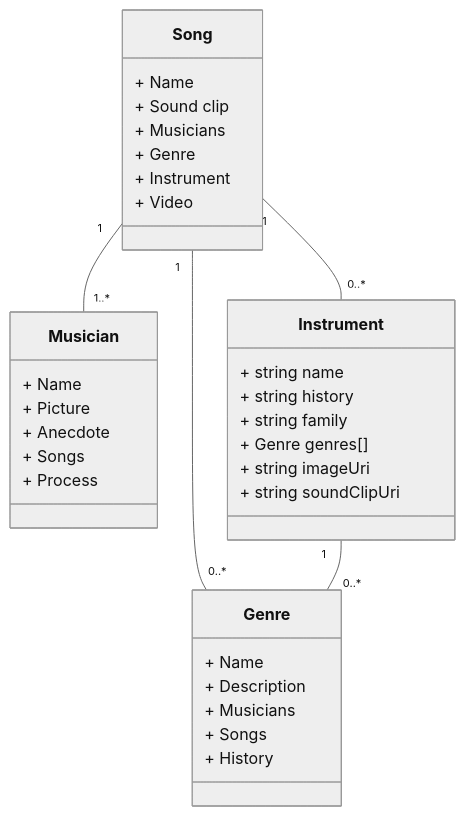
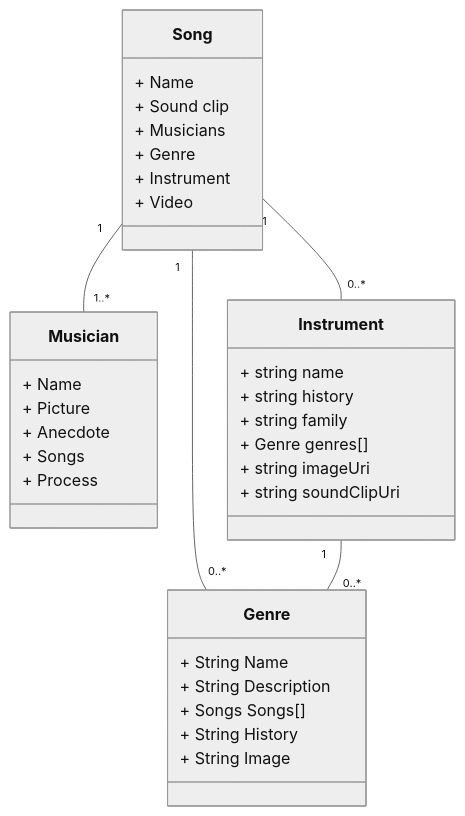
One commit to travis-kuenzi/Mongo-Driven-Website-Term-Project changed the diagram in README.md. Above: the diagram before and after it, drawn with Mermaid (neutral theme).

````diff
--- a/README.md
+++ b/README.md
@@ -11,45 +11,45 @@
 ```mermaid
 classDiagram 
     class Genre {
-      + Name
-      + Description
-      + Musicians
-      + Songs
-      + History
+      + String Name
+      + String Description
+      + Songs Songs[]
+      + String History
+      + String Image
     }
 
     class Musician {
       + Name
       + Picture
       + Anecdote
       + Songs
       + Process
     }
 
     class Instrument {
       + string name
       + string history
       + string family
       + Genre genres[]
       + string imageUri
       + string soundClipUri
     }
 
     class Song {
       + Name
       + Sound clip
       + Musicians
       + Genre
       + Instrument
       + Video
     }
 
 
     %%Links between entities - don't worry too much about details
 
     Song "1" -- "0..*" Genre
     Song "1" -- "1..*" Musician
     Song "1" -- "0..*" Instrument
 
     Instrument "1" -- "0..*" Genre
 ```
````
